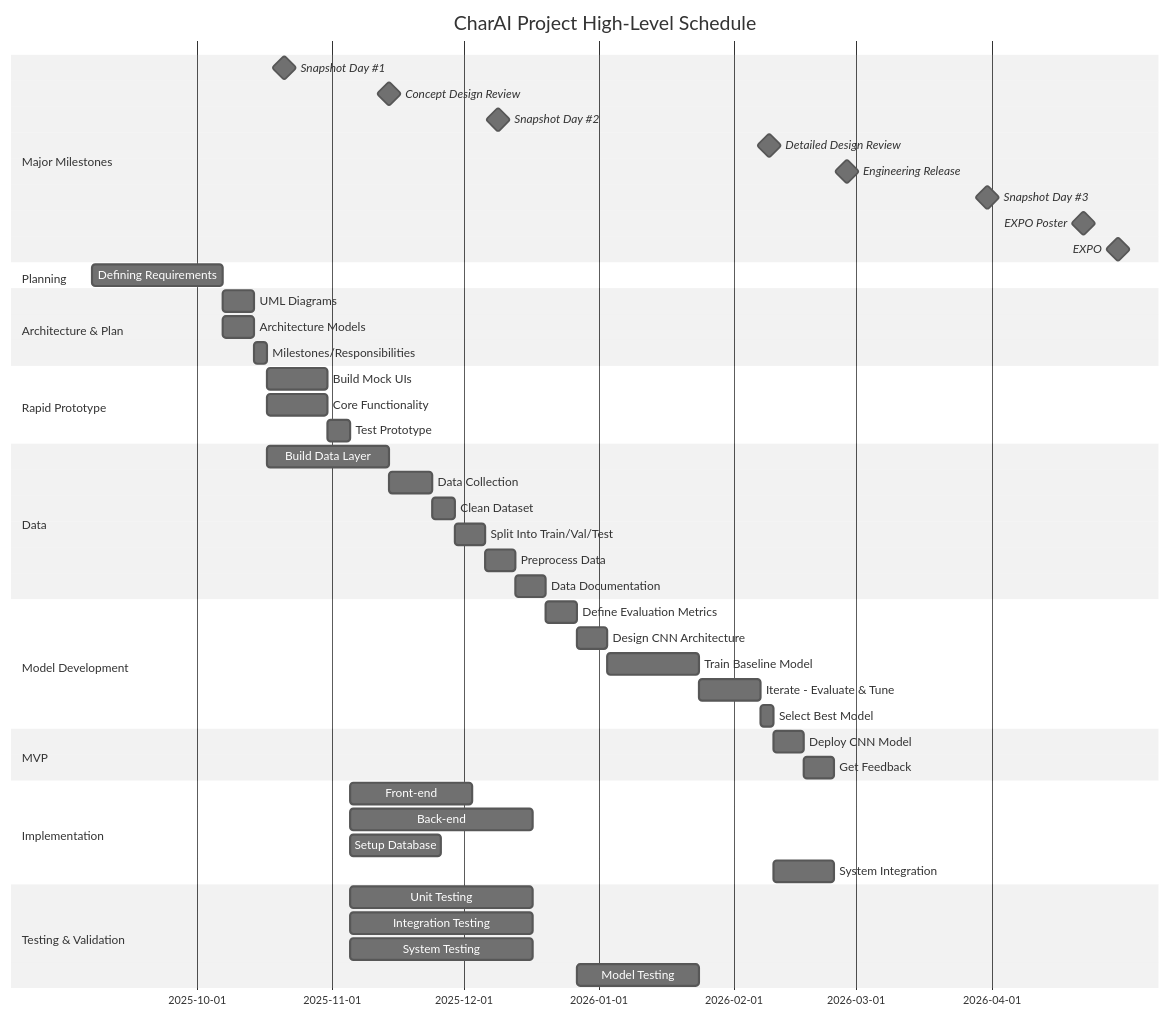
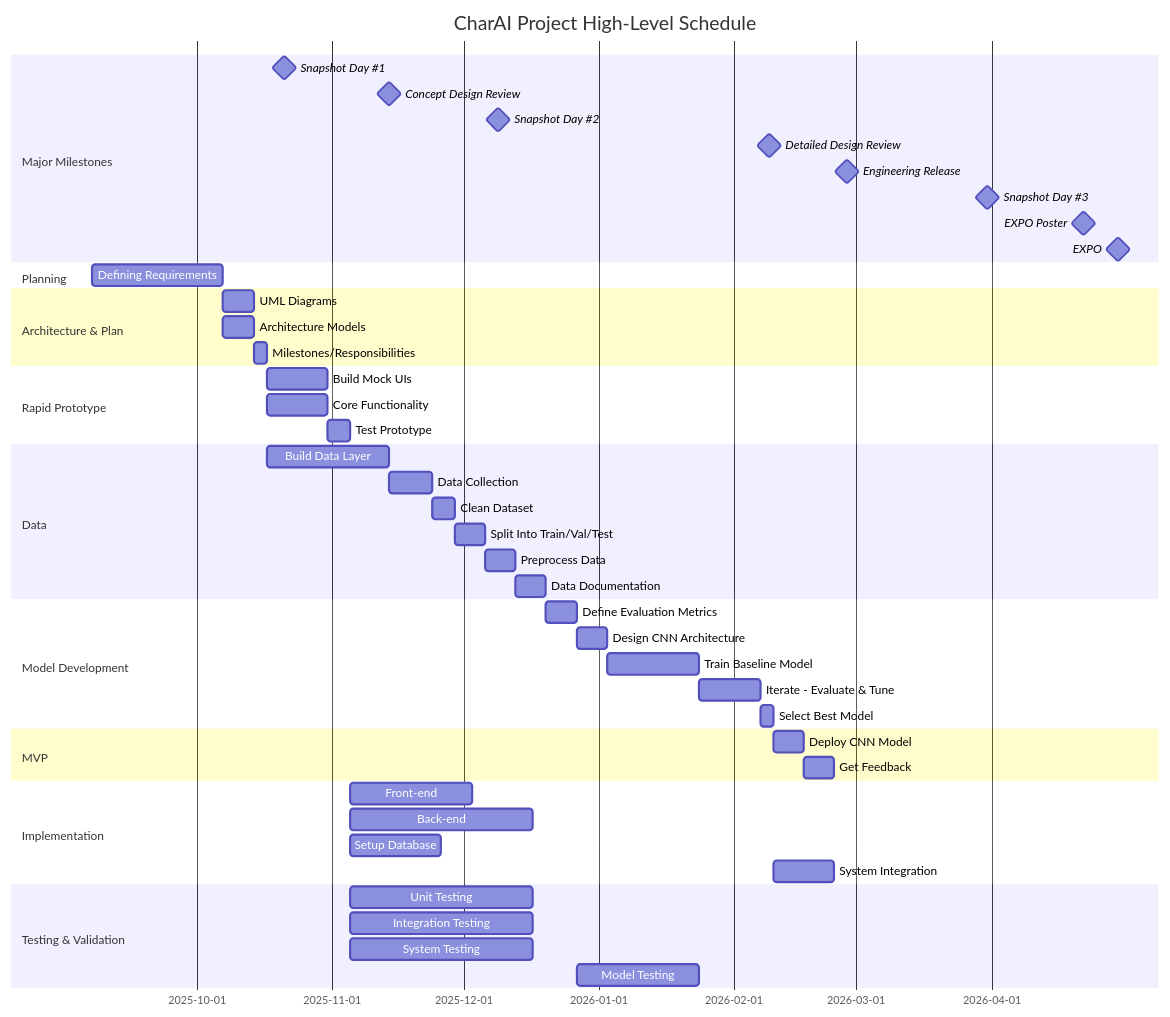
The diagram in docs/03_Project_Management/Schedule/Gantt.mmd (JosephPBaruch/CharAI), drawn with Mermaid before and after one commit.

Commit message:
Update Gantt.mmd to use no theme

```diff
--- a/docs/03_Project_Management/Schedule/Gantt.mmd
+++ b/docs/03_Project_Management/Schedule/Gantt.mmd
@@ -1,52 +1,48 @@
----
-config:
-  theme: neutral
----
 gantt
     title CharAI Project High-Level Schedule
     dateFormat  YYYY-MM-DD
     section Major Milestones
     Snapshot Day #1          :milestone, sd1, 2025-10-21, 0d
     Concept Design Review    :milestone, cdr, 2025-11-14, 0d
     Snapshot Day #2          :milestone, sd2, 2025-12-9, 0d
     Detailed Design Review   :milestone, ddr, 2026-2-9, 0d
     Engineering Release      :milestone, eng, 2026-2-27, 0d
     Snapshot Day #3          :milestone, sd3, 2026-3-31, 0d
     EXPO Poster              :milestone, poster, 2026-4-22, 0d
     EXPO                     :milestone, expo, 2026-4-30, 0d
     section Planning
     Defining Requirements     :reqs, 2025-9-7, 30d
     section Architecture & Plan
     UML Diagrams              :uml, after reqs, 1w
     Architecture Models       :arch, after reqs, 1w
     Milestones/Responsibilities :sresp, after uml arch, 3d
     section Rapid Prototype
     Build Mock UIs            :mock, after sresp, 2w
     Core Functionality        :core, after sresp, 2w
     Test Prototype            :tprot, after core, 5d
     section Data
     Build Data Layer          :data, after sresp, 4w
     Data Collection           :prep, after data, 10d
     Clean Dataset             :dat1, after prep, 5d
     Split Into Train/Val/Test :dat2, after dat1, 1w
     Preprocess Data           :dat3, after dat2, 1w
     Data Documentation        :dat4, after dat3, 1w
     section Model Development
     Define Evaluation Metrics :modl1, after dat4, 1w
     Design CNN Architecture   :modl2, after modl1, 1w
     Train Baseline Model      :modl3, after modl2, 3w
     Iterate - Evaluate & Tune :modl4, after modl3, 2w
     Select Best Model         :modl5, after modl4, 3d
     section MVP
     Deploy CNN Model          :mvp, after modl5, 1w
     Get Feedback              :fdbck, after mvp, 1w
     section Implementation
     Front-end                 :frnt, after tprot, 4w
     Back-end                  :back, after tprot, 6w
     Setup Database            :db, after tprot, 3w
     System Integration        :sysint, after modl5 frnt back db, 2w
     section Testing & Validation
     Unit Testing              :utest, after tprot, 6w
     Integration Testing       :itest, after tprot, 6w
     System Testing            :stest, after tprot, 6w
     Model Testing             :mtest, after modl1, 4w
```
